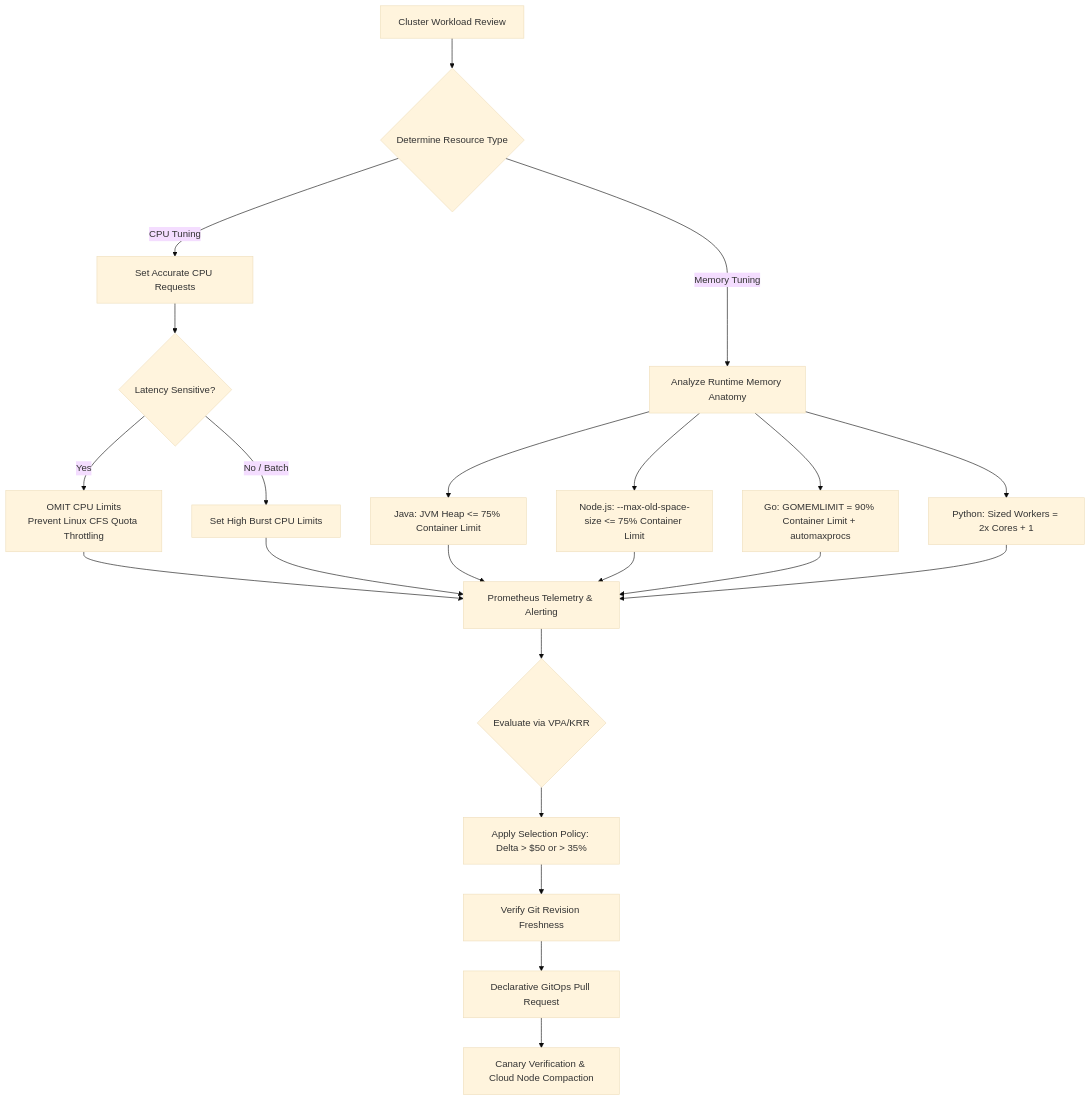
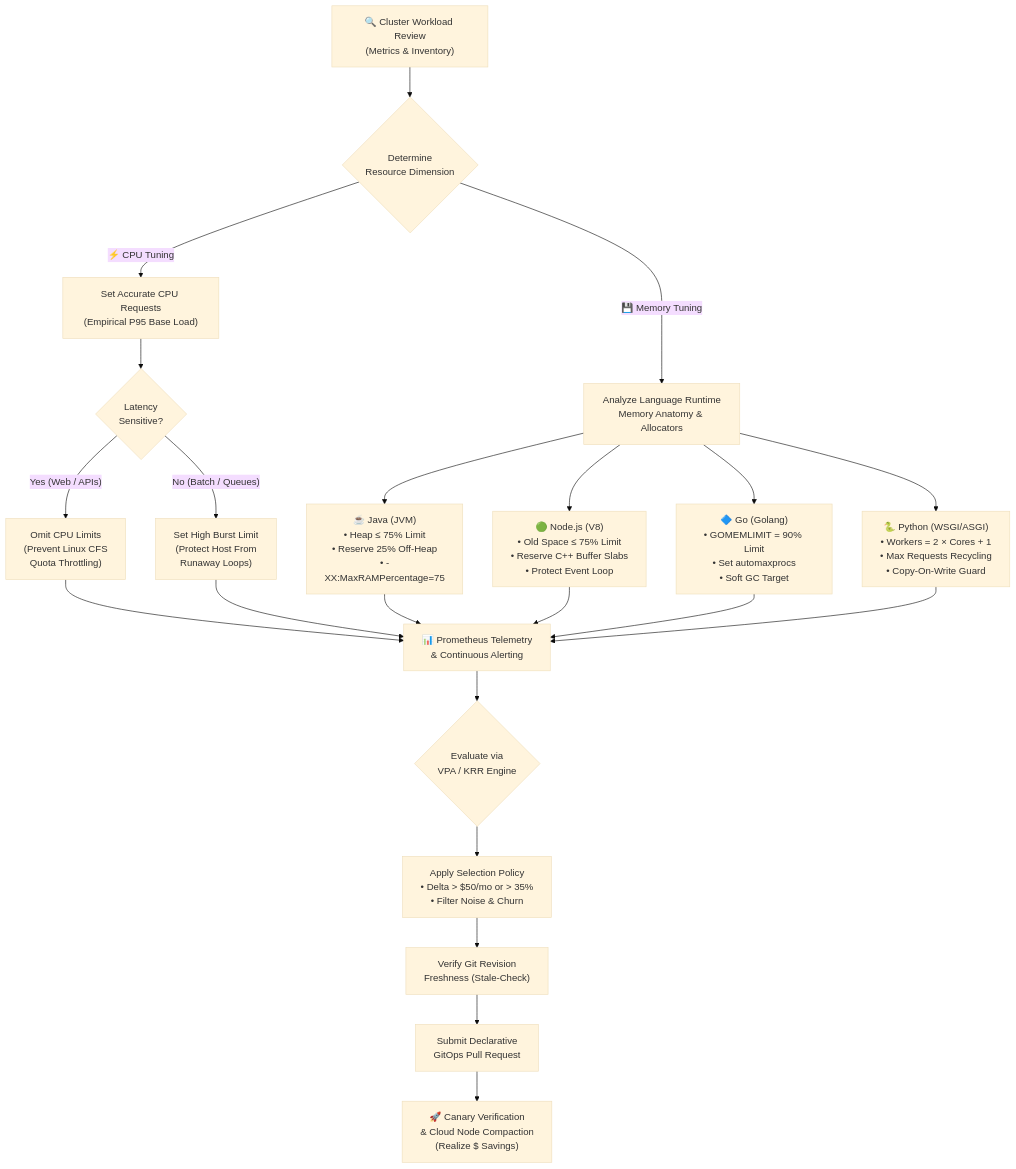
One commit to nubenetes/kubernetes-rightsizing changed the diagram in README.md. Above: the diagram before and after it, drawn with Mermaid (base theme). The commit also changed 1 other file, not shown here.

Commit message:
docs: optimize Mermaid diagrams with multi-line formatting and ample breathing room

````diff
--- a/README.md
+++ b/README.md
@@ -55,28 +55,36 @@
 ```mermaid
-graph TD
-    A[Cluster Workload Review] --> B{Determine Resource Type}
+flowchart TD
+    %% Node Definitions with Multi-line Formatting for Readability
+    A["🔍 Cluster Workload Review<br/>(Metrics & Inventory)"]
+    B{"Determine<br/>Resource Dimension"}
     
-    B -->|CPU Tuning| C[Set Accurate CPU Requests]
-    C --> D{Latency Sensitive?}
-    D -- Yes --> E[OMIT CPU Limits<br/>Prevent Linux CFS Quota Throttling]
-    D -- No / Batch --> F[Set High Burst CPU Limits]
+    A --> B
+    
+    %% CPU Optimization Branch
+    B -->|"⚡ CPU Tuning"| C["Set Accurate CPU Requests<br/>(Empirical P95 Base Load)"]
+    C --> D{"Latency<br/>Sensitive?"}
+    D -->|"Yes (Web / APIs)"| E["Omit CPU Limits<br/>(Prevent Linux CFS<br/>Quota Throttling)"]
+    D -->|"No (Batch / Queues)"| F["Set High Burst Limit<br/>(Protect Host From<br/>Runaway Loops)"]
 
-    B -->|Memory Tuning| G[Analyze Runtime Memory Anatomy]
-    G --> H[Java: JVM Heap <= 75% Container Limit]
-    G --> I[Node.js: --max-old-space-size <= 75% Container Limit]
-    G --> J[Go: GOMEMLIMIT = 90% Container Limit + automaxprocs]
-    G --> K[Python: Sized Workers = 2x Cores + 1]
+    %% Memory Optimization Branch
+    B -->|"💾 Memory Tuning"| G["Analyze Language Runtime<br/>Memory Anatomy & Allocators"]
+    G --> H["☕ Java (JVM)<br/>• Heap &le; 75% Limit<br/>• Reserve 25% Off-Heap<br/>• -XX:MaxRAMPercentage=75"]
+    G --> I["🟢 Node.js (V8)<br/>• Old Space &le; 75% Limit<br/>• Reserve C++ Buffer Slabs<br/>• Protect Event Loop"]
+    G --> J["🔷 Go (Golang)<br/>• GOMEMLIMIT = 90% Limit<br/>• Set automaxprocs<br/>• Soft GC Target"]
+    G --> K["🐍 Python (WSGI/ASGI)<br/>• Workers = 2 &times; Cores + 1<br/>• Max Requests Recycling<br/>• Copy-On-Write Guard"]
 
-    E --> L[Prometheus Telemetry & Alerting]
+    %% Telemetry Convergence
+    E --> L["📊 Prometheus Telemetry<br/>&amp; Continuous Alerting"]
     F --> L
     H --> L
     I --> L
     J --> L
     K --> L
 
-    L --> M{Evaluate via VPA/KRR}
-    M --> N[Apply Selection Policy: Delta > $50 or > 35%]
-    N --> O[Verify Git Revision Freshness]
-    O --> P[Declarative GitOps Pull Request]
-    P --> Q[Canary Verification & Cloud Node Compaction]
+    %% Evaluation & GitOps
+    L --> M{"Evaluate via<br/>VPA / KRR Engine"}
+    M --> N["Apply Selection Policy<br/>• Delta &gt; $50/mo or &gt; 35%<br/>• Filter Noise & Churn"]
+    N --> O["Verify Git Revision<br/>Freshness (Stale-Check)"]
+    O --> P["Submit Declarative<br/>GitOps Pull Request"]
+    P --> Q["🚀 Canary Verification<br/>&amp; Cloud Node Compaction<br/>(Realize $ Savings)"]
 ```
````
